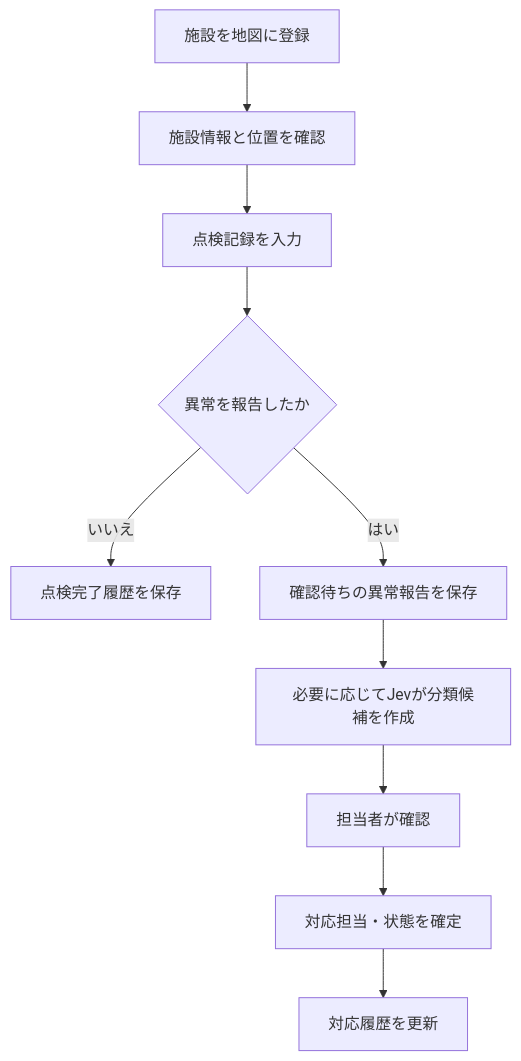
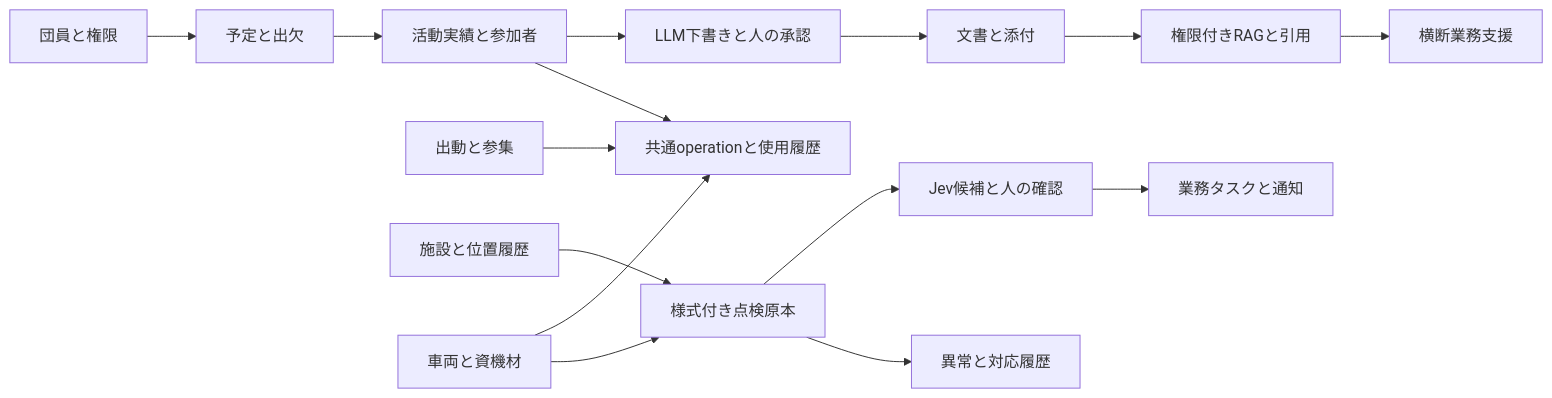
Before and after one commit to misty-swan/fire-os: the diagram in docs/01_要件定義書.md, drawn with Mermaid. The commit also changed other lines of this file and 18 other files, not shown here.

````diff
--- a/docs/01_要件定義書.md
+++ b/docs/01_要件定義書.md
@@ -202,12 +150,17 @@
 ```mermaid
-flowchart TD
-  A[施設を地図に登録] --> B[施設情報と位置を確認]
-  B --> C[点検記録を入力]
-  C --> D{異常を報告したか}
-  D -- いいえ --> E[点検完了履歴を保存]
-  D -- はい --> F[確認待ちの異常報告を保存]
-  F --> G[必要に応じてJevが分類候補を作成]
-  G --> H[担当者が確認]
-  H --> I[対応担当・状態を確定]
-  I --> J[対応履歴を更新]
+flowchart LR
+  M[団員と権限] --> A[予定と出欠]
+  A --> R[活動実績と参加者]
+  I[出動と参集] --> O[共通operationと使用履歴]
+  R --> O
+  F[施設と位置履歴] --> P[様式付き点検原本]
+  P --> X[異常と対応履歴]
+  V[車両と資機材] --> P
+  V --> O
+  R --> G[LLM下書きと人の承認]
+  P --> C[Jev候補と人の確認]
+  C --> T[業務タスクと通知]
+  G --> D[文書と添付]
+  D --> Q[権限付きRAGと引用]
+  Q --> H[横断業務支援]
 ```
````
